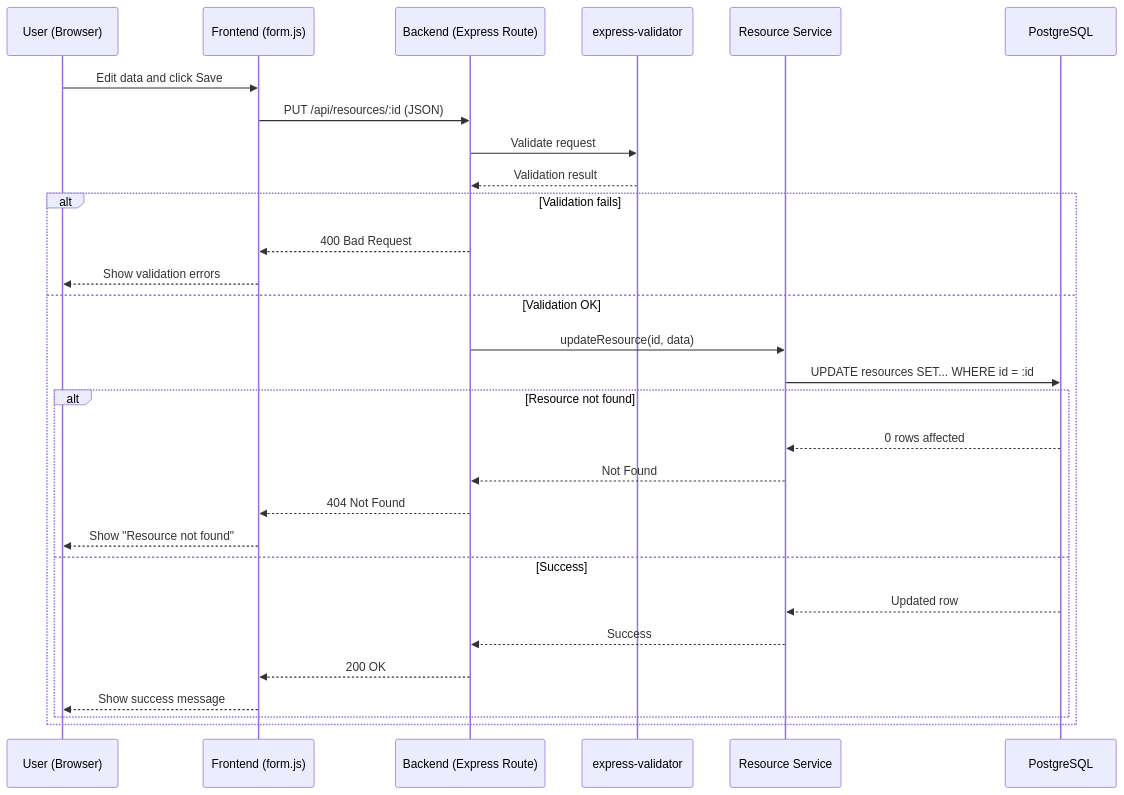
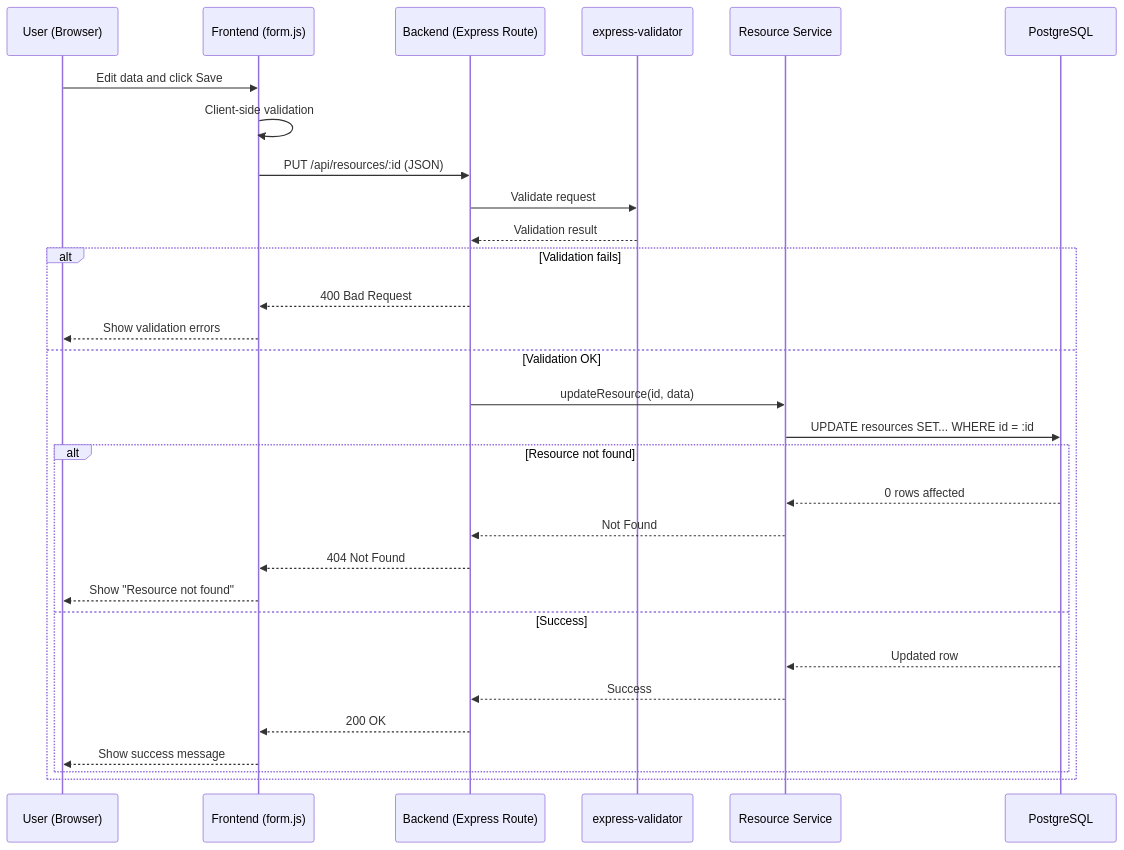
Before and after one commit to Joon44s/Web-kehittamisen-jatkokurssi: the third of 4 diagrams in BookingSystem/Phase6/G1_CRUD_DataFlow.md, drawn with Mermaid. The commit also changed other lines of this file, not shown here.

Commit message:
Fix sequence diagram formatting and correct function names in G1 CRUD Data Flow documentation

````diff
--- a/BookingSystem/Phase6/G1_CRUD_DataFlow.md
+++ b/BookingSystem/Phase6/G1_CRUD_DataFlow.md
@@ -68,34 +74,36 @@
 ```mermaid
 sequenceDiagram
     participant U as User (Browser)
     participant F as Frontend (form.js)
     participant B as Backend (Express Route)
     participant V as express-validator
     participant S as Resource Service
     participant DB as PostgreSQL
 
     U->>F: Edit data and click Save
+    F->>F: Client-side validation
     F->>B: PUT /api/resources/:id (JSON)
+
     B->>V: Validate request
     V-->>B: Validation result
 
     alt Validation fails
         B-->>F: 400 Bad Request
         F-->>U: Show validation errors
     else Validation OK
         B->>S: updateResource(id, data)
         S->>DB: UPDATE resources SET... WHERE id = :id
-        
+
         alt Resource not found
             DB-->>S: 0 rows affected
             S-->>B: Not Found
             B-->>F: 404 Not Found
             F-->>U: Show "Resource not found"
         else Success
             DB-->>S: Updated row
             S-->>B: Success
             B-->>F: 200 OK
             F-->>U: Show success message
         end
     end
 ```
````
